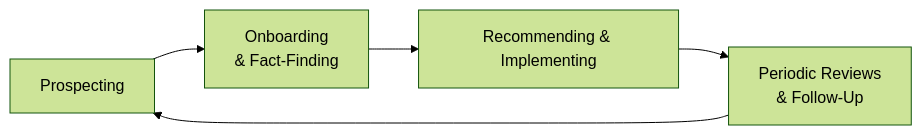
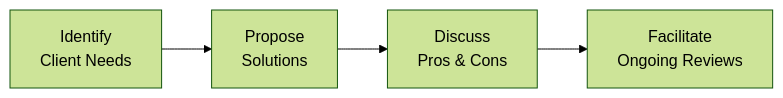
One commit to MasteryEducation/SecuritiesExamsMastery.ca changed the first of 2 diagrams in content/ifc/1/7/index.md. Above: the diagram before and after it, drawn with Mermaid (forest theme). The commit also changed other lines of this file and 130 other files, not shown here.

````diff
--- a/content/ifc/1/7/index.md
+++ b/content/ifc/1/7/index.md
@@ -107,7 +35,6 @@
 ```mermaid
 flowchart LR
-    A["Prospecting"] --> B["Onboarding <br/> & Fact-Finding"]
-    B["Onboarding <br/> & Fact-Finding"] --> C["Recommending & Implementing"]
-    C["Recommending & Implementing"] --> D["Periodic Reviews <br/> & Follow-Up"]
-    D["Periodic Reviews <br/> & Follow-Up"] --> A["Prospecting"]
+    A["Identify <br/>Client Needs"] --> B["Propose <br/>Solutions"]
+    B["Propose <br/>Solutions"] --> C["Discuss <br/>Pros & Cons"]
+    C["Discuss <br/>Pros & Cons"] --> D["Facilitate <br/>Ongoing Reviews"]
 ```
````
